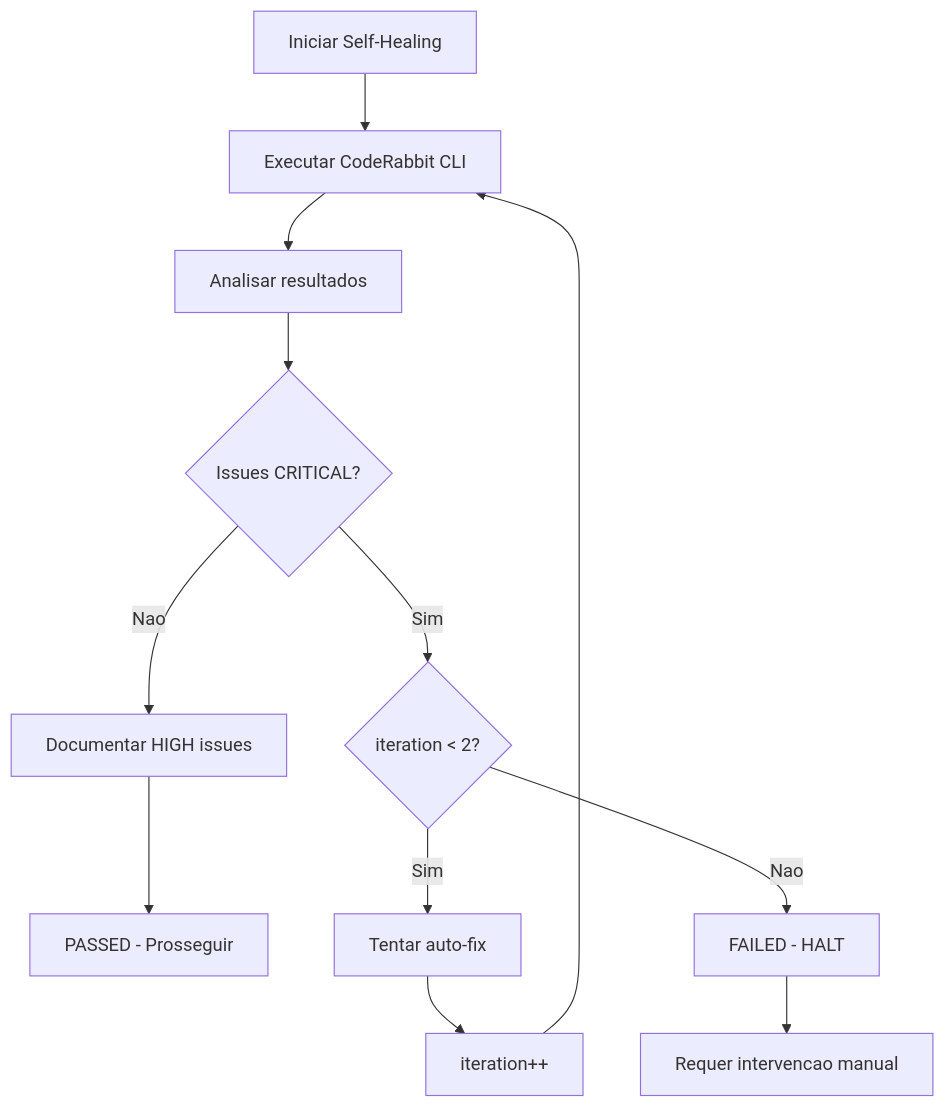
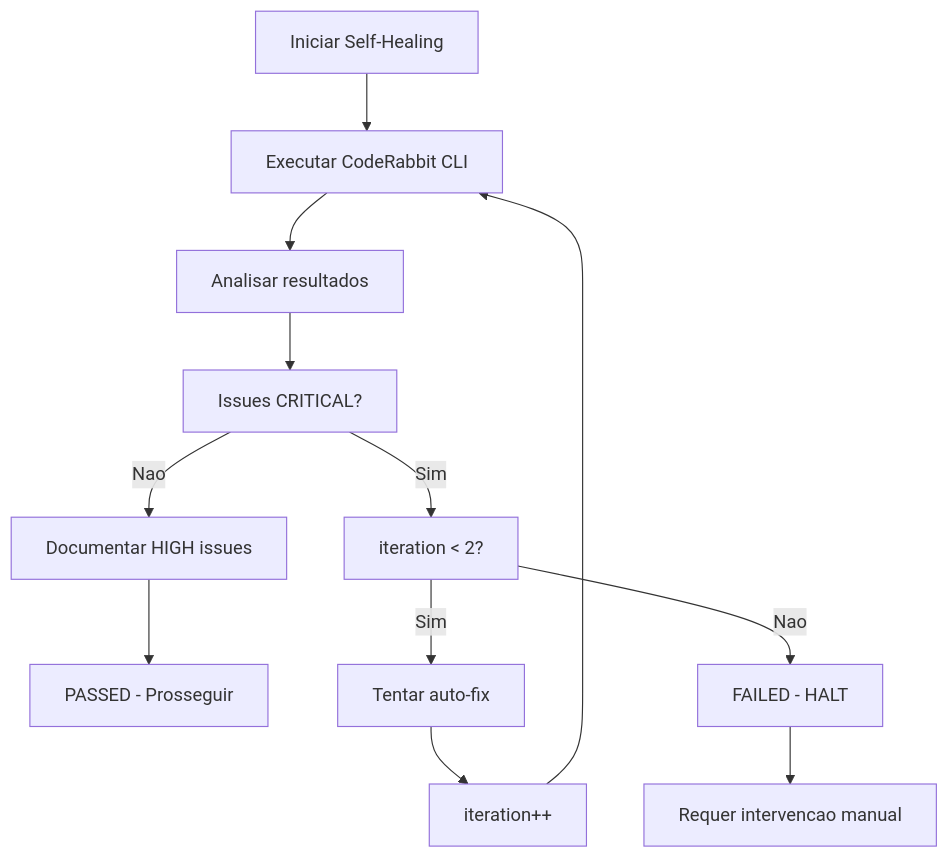
Before and after one commit to bychrisr/aios-docs: the fifth of 7 diagrams in content/en/docs/guides/workflows/STORY-DEVELOPMENT-CYCLE-WORKFLOW.mdx, drawn with Mermaid. The commit also changed other lines of this file and 40 other files, not shown here.

````diff
--- a/content/en/docs/guides/workflows/STORY-DEVELOPMENT-CYCLE-WORKFLOW.mdx
+++ b/content/en/docs/guides/workflows/STORY-DEVELOPMENT-CYCLE-WORKFLOW.mdx
@@ -335,14 +335,14 @@
 ```mermaid
 flowchart TD
     START[Iniciar Self-Healing] --> RUN[Executar CodeRabbit CLI]
     RUN --> PARSE[Analisar resultados]
-    PARSE --> CHECK{Issues CRITICAL?}
+    PARSE --> CHECK[Issues CRITICAL?]
     CHECK -->|Nao| DOC[Documentar HIGH issues]
     DOC --> PASS[PASSED - Prosseguir]
-    CHECK -->|Sim| ITER{iteration < 2?}
+    CHECK -->|Sim| ITER[iteration < 2?]
     ITER -->|Sim| FIX[Tentar auto-fix]
     FIX --> INCREMENT[iteration++]
     INCREMENT --> RUN
     ITER -->|Nao| FAIL[FAILED - HALT]
     FAIL --> MANUAL[Requer intervencao manual]
 ```
````
